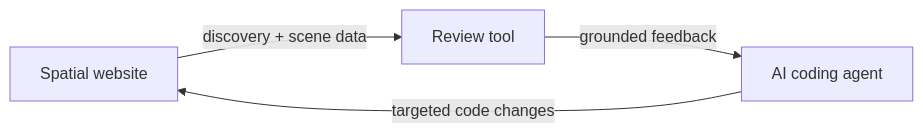
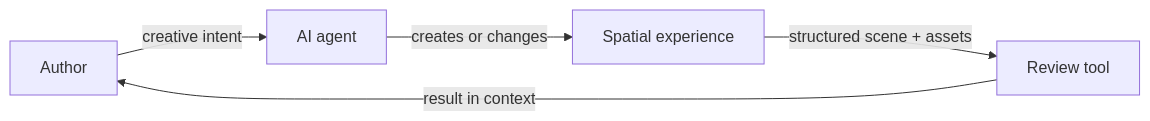
Before and after one commit to rbifulco/alterno-spatial-review: the diagram in README.md, drawn with Mermaid. The commit also changed other lines of this file, not shown here.

Commit message:
docs: center readme on author intent

````diff
--- a/README.md
+++ b/README.md
@@ -32,6 +47,7 @@
 ```mermaid
 flowchart LR
-    site["Spatial website"] -->|"discovery + scene data"| review["Review tool"]
-    review -->|"grounded feedback"| agent["AI coding agent"]
-    agent -->|"targeted code changes"| site
+    author["Author"] -->|"creative intent"| agent["AI agent"]
+    agent -->|"creates or changes"| site["Spatial experience"]
+    site -->|"structured scene + assets"| review["Review tool"]
+    review -->|"result in context"| author
 ```
````
